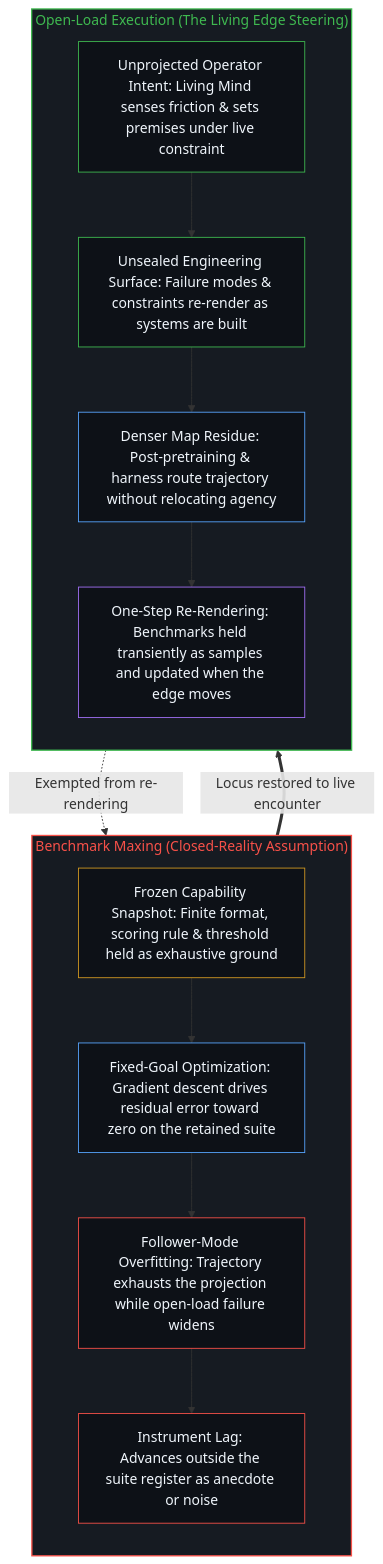
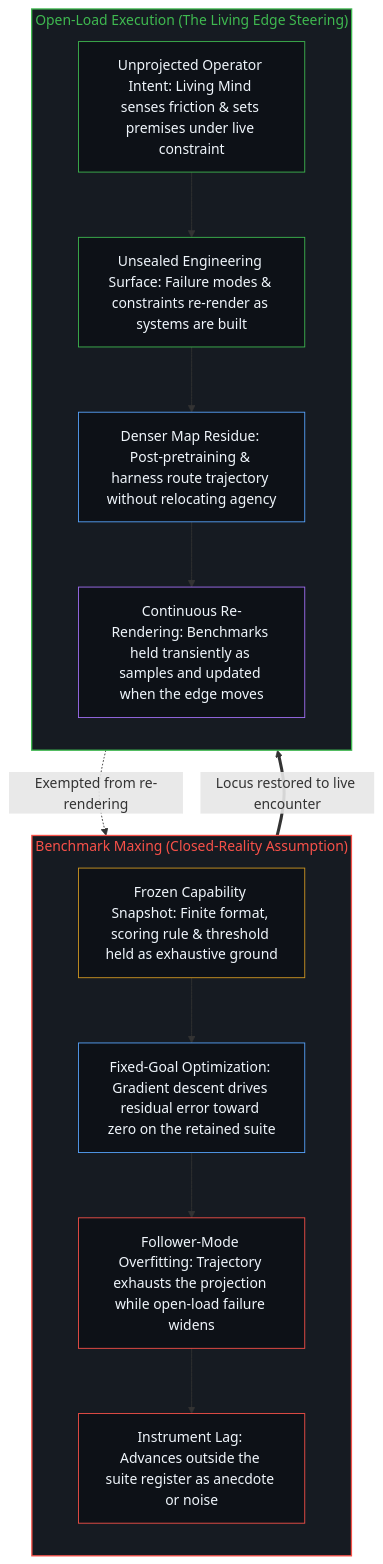
Before and after one commit to powerpig99/not-a-toe: the second of 2 diagrams in content/posts/closed-reality-in-benchmark-maxing.md, drawn with Mermaid. The commit also changed other lines of this file and 12 other files, not shown here.

````diff
--- a/content/posts/closed-reality-in-benchmark-maxing.md
+++ b/content/posts/closed-reality-in-benchmark-maxing.md
@@ -76,34 +76,34 @@
 ```mermaid
 flowchart TD
     subgraph S_Closed["Benchmark Maxing (Closed-Reality Assumption)"]
         direction TB
         C_Snap["Frozen Capability Snapshot: Finite format, scoring rule & threshold held as exhaustive ground"]
         C_Grad["Fixed-Goal Optimization: Gradient descent drives residual error toward zero on the retained suite"]
         C_Over["Follower-Mode Overfitting: Trajectory exhausts the projection while open-load failure widens"]
         C_Conceal["Instrument Lag: Advances outside the suite register as anecdote or noise"]
         C_Snap --> C_Grad --> C_Over --> C_Conceal
     end
 
     subgraph S_Open["Open-Load Execution (The Living Edge Steering)"]
         direction TB
         O_Edge["Unprojected Operator Intent: Living Mind senses friction & sets premises under live constraint"]
         O_Load["Unsealed Engineering Surface: Failure modes & constraints re-render as systems are built"]
         O_Dense["Denser Map Residue: Post-pretraining & harness route trajectory without relocating agency"]
-        O_Return["One-Step Re-Rendering: Benchmarks held transiently as samples and updated when the edge moves"]
+        O_Return["Continuous Re-Rendering: Benchmarks held transiently as samples and updated when the edge moves"]
         O_Edge --> O_Load --> O_Dense --> O_Return
     end
 
     O_Return -.->|"Exempted from re-rendering"| C_Snap
     C_Conceal ==>|"Locus restored to live encounter"| O_Edge
 
     style S_Closed fill:#161b22,stroke:#f85149,stroke-width:1.5px,color:#f85149
     style S_Open fill:#161b22,stroke:#3fb950,stroke-width:1.5px,color:#3fb950
     style C_Snap fill:#0d1117,stroke:#d29922,stroke-width:1px,color:#f0f6fc
     style C_Grad fill:#0d1117,stroke:#58a6ff,stroke-width:1px,color:#f0f6fc
     style C_Over fill:#0d1117,stroke:#f85149,stroke-width:1px,color:#f0f6fc
     style C_Conceal fill:#0d1117,stroke:#f85149,stroke-width:1px,color:#f0f6fc
     style O_Edge fill:#0d1117,stroke:#3fb950,stroke-width:1px,color:#f0f6fc
     style O_Load fill:#0d1117,stroke:#3fb950,stroke-width:1px,color:#f0f6fc
     style O_Dense fill:#0d1117,stroke:#58a6ff,stroke-width:1px,color:#f0f6fc
     style O_Return fill:#0d1117,stroke:#a371f7,stroke-width:1px,color:#f0f6fc
 ```
````
